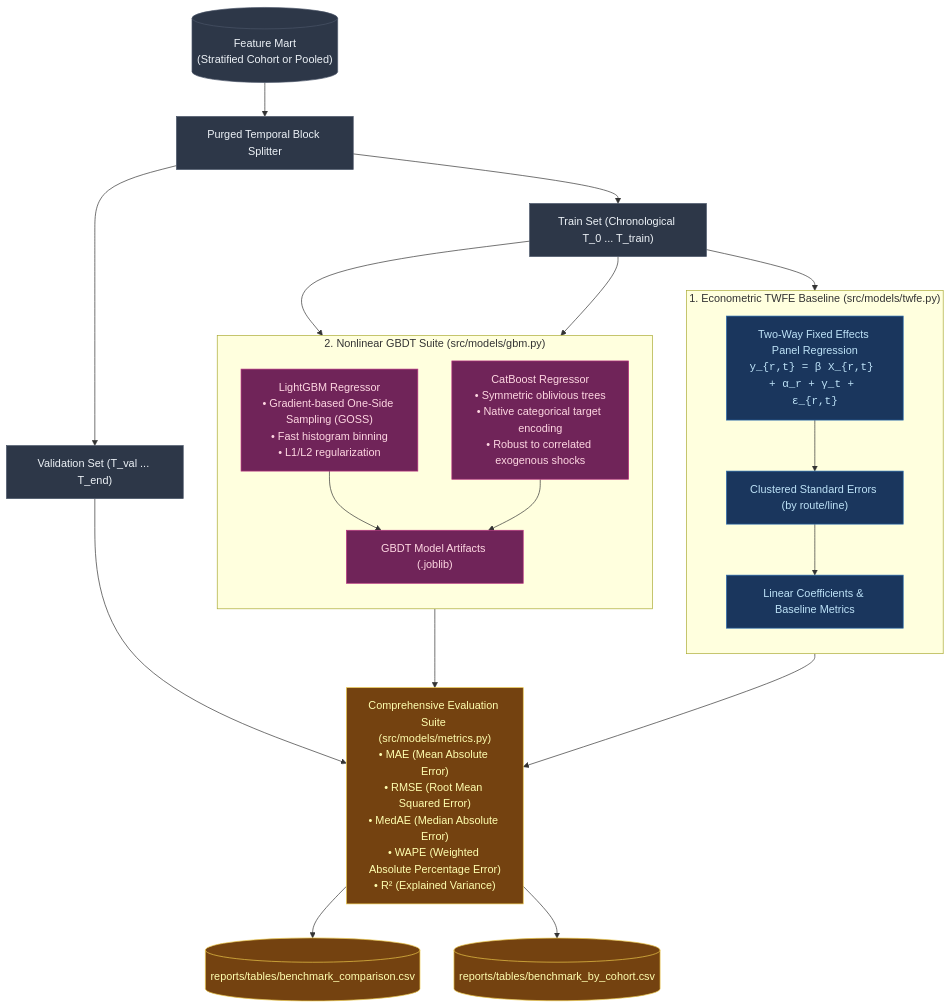
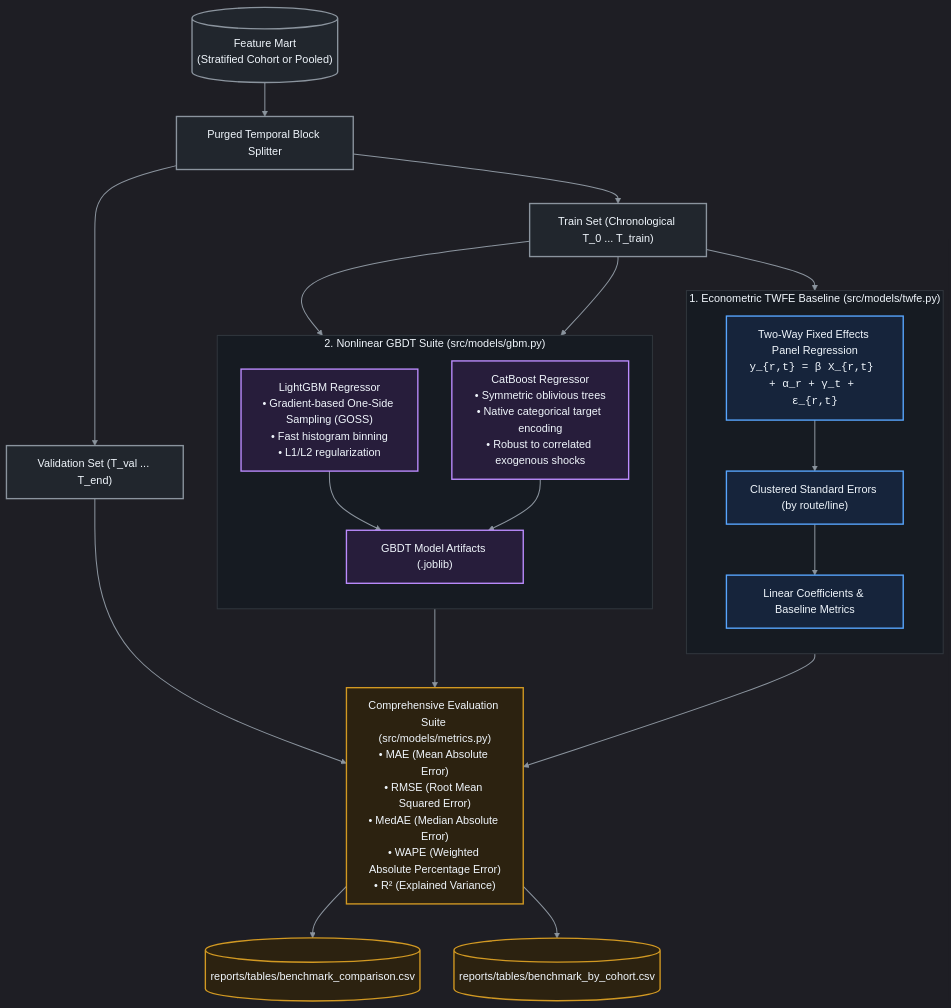
Before and after one commit to giangh14cqt/warsaw-public-transport-monitor: the second of 3 diagrams in architect/data_processing/modeling_and_xai.md, drawn with Mermaid. The commit also changed other lines of this file and 9 other files, not shown here.

First line of the commit message:
style(architect): optimize all Mermaid diagrams for GitHub dark theme readability

````diff
--- a/architect/data_processing/modeling_and_xai.md
+++ b/architect/data_processing/modeling_and_xai.md
@@ -43,47 +58,70 @@
 ```mermaid
+%%{init: {
+  'theme': 'dark',
+  'themeVariables': {
+    'darkMode': true,
+    'background': '#0d1117',
+    'mainBkg': '#161b22',
+    'primaryColor': '#1f2937',
+    'primaryTextColor': '#f0f6fc',
+    'primaryBorderColor': '#58a6ff',
+    'lineColor': '#8b949e',
+    'secondaryColor': '#161b22',
+    'tertiaryColor': '#21262d',
+    'clusterBkg': '#161b22',
+    'clusterBorder': '#30363d',
+    'edgeLabelBackground': '#161b22'
+  }
+}}%%
 flowchart TD
     FeatureMart[("Feature Mart<br/>(Stratified Cohort or Pooled)")] --> Splitter["Purged Temporal Block Splitter"]
     
     Splitter --> TrainSet["Train Set (Chronological T_0 ... T_train)"]
     Splitter --> ValSet["Validation Set (T_val ... T_end)"]
 
     subgraph EconometricBaseline ["1. Econometric TWFE Baseline (src/models/twfe.py)"]
         direction TB
         TWFE_Model["Two-Way Fixed Effects Panel Regression<br/><code>y_{r,t} = β X_{r,t} + α_r + γ_t + ε_{r,t}</code>"]
         TWFE_SE["Clustered Standard Errors (by route/line)"]
         TWFE_Out["Linear Coefficients & Baseline Metrics"]
         TWFE_Model --> TWFE_SE --> TWFE_Out
     end
 
     subgraph GBDTSuite ["2. Nonlinear GBDT Suite (src/models/gbm.py)"]
         direction TB
         LGBM["LightGBM Regressor<br/>• Gradient-based One-Side Sampling (GOSS)<br/>• Fast histogram binning<br/>• L1/L2 regularization"]
         CatB["CatBoost Regressor<br/>• Symmetric oblivious trees<br/>• Native categorical target encoding<br/>• Robust to correlated exogenous shocks"]
         GBM_Out["GBDT Model Artifacts (.joblib)"]
         LGBM --> GBM_Out
         CatB --> GBM_Out
     end
 
     TrainSet --> TWFE_Model
     TrainSet --> LGBM
     TrainSet --> CatB
 
     ValSet --> EvalEngine["Comprehensive Evaluation Suite (src/models/metrics.py)<br/>• MAE (Mean Absolute Error)<br/>• RMSE (Root Mean Squared Error)<br/>• MedAE (Median Absolute Error)<br/>• WAPE (Weighted Absolute Percentage Error)<br/>• R² (Explained Variance)"]
 
     TWFE_Out --> EvalEngine
     GBM_Out --> EvalEngine
 
     EvalEngine --> CompTable[("reports/tables/benchmark_comparison.csv")]
     EvalEngine --> CohortTable[("reports/tables/benchmark_by_cohort.csv")]
 
-    %% Styles
-    classDef dataStyle fill:#2d3748,stroke:#4a5568,color:#edf2f7;
-    classDef twfeStyle fill:#1a365d,stroke:#2b6cb0,color:#bee3f8;
-    classDef gbmStyle fill:#702459,stroke:#b83280,color:#fed7e2;
-    classDef repStyle fill:#744210,stroke:#ecc94b,color:#ffffb0;
+    %% Subgraph Styling
+    style EconometricBaseline fill:#161b22,stroke:#30363d,stroke-width:1.5px,color:#f0f6fc
+    style GBDTSuite fill:#161b22,stroke:#30363d,stroke-width:1.5px,color:#f0f6fc
+
+    %% High-Contrast Node Styling
+    classDef dataStyle fill:#21262d,stroke:#8b949e,stroke-width:2px,color:#f0f6fc;
+    classDef twfeStyle fill:#16243b,stroke:#58a6ff,stroke-width:2px,color:#f0f6fc;
+    classDef gbmStyle fill:#271d3b,stroke:#bc8cff,stroke-width:2px,color:#f0f6fc;
+    classDef repStyle fill:#2c2210,stroke:#d29922,stroke-width:2px,color:#f0f6fc;
+
+    linkStyle default stroke:#8b949e,stroke-width:1.5px;
 
     class FeatureMart,Splitter,TrainSet,ValSet dataStyle;
     class TWFE_Model,TWFE_SE,TWFE_Out twfeStyle;
     class LGBM,CatB,GBM_Out gbmStyle;
     class EvalEngine,CompTable,CohortTable repStyle;
 ```
````
